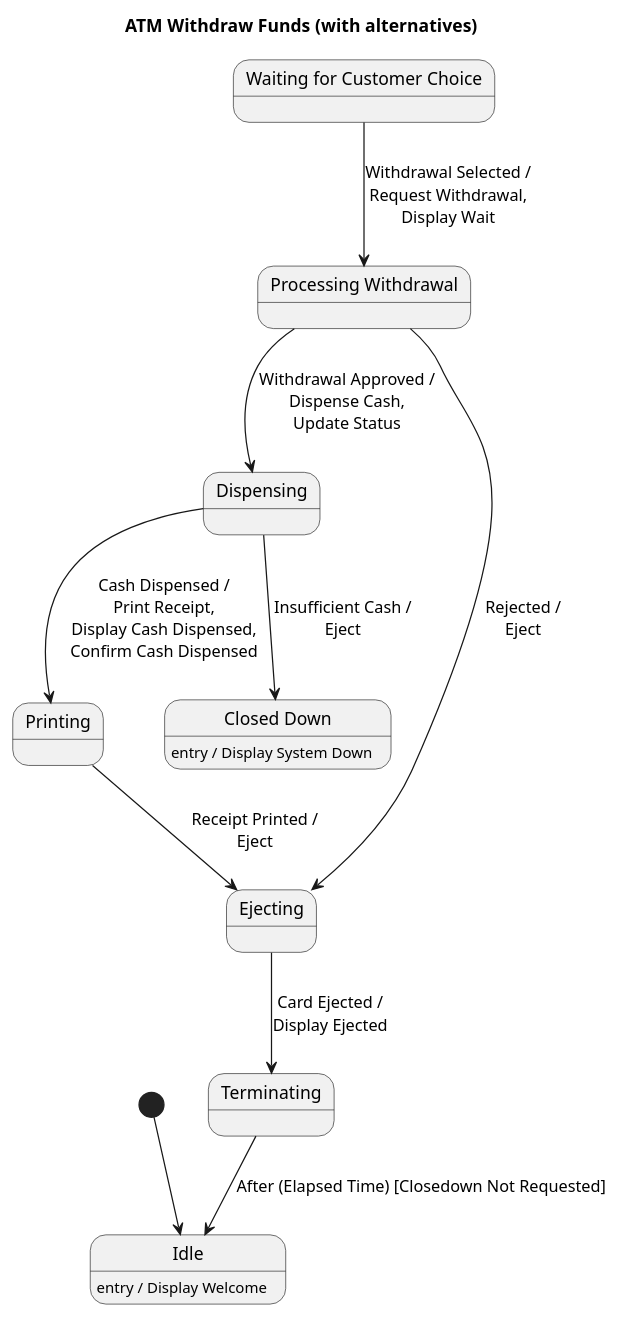
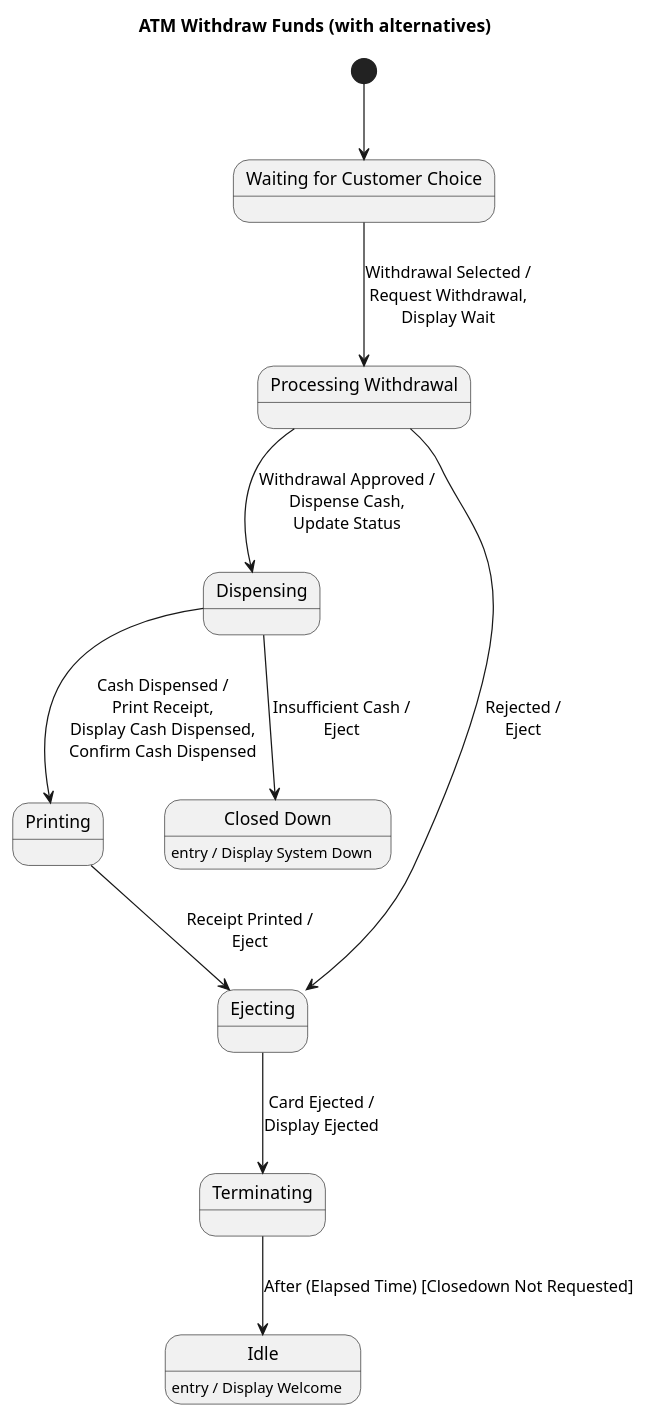
One commit to maimunafaria/State_transition_Diagram_generated_by_LLM changed the diagram in dataset/case_63_atm_many_scenarios/diagram5.puml. Above: the diagram before and after it, drawn with PlantUML. The commit also changed 28 other files, not shown here.

```diff
--- a/dataset/case_63_atm_many_scenarios/diagram5.puml
+++ b/dataset/case_63_atm_many_scenarios/diagram5.puml
@@ -1,30 +1,31 @@
 @startuml
 title ATM Withdraw Funds (with alternatives)
 
-[*] --> Idle
+[*] --> WaitingForChoice
 
 state Idle
 Idle : entry / Display Welcome
 
 state "Waiting for Customer Choice" as WaitingForChoice
 state "Processing Withdrawal" as ProcessingWithdrawal
 state Dispensing
 state Printing
 state Ejecting
 state Terminating
 state "Closed Down" as ClosedDown
 
 WaitingForChoice --> ProcessingWithdrawal : Withdrawal Selected /\nRequest Withdrawal,\nDisplay Wait
 
 ProcessingWithdrawal --> Dispensing : Withdrawal Approved /\nDispense Cash,\nUpdate Status
 Dispensing --> Printing : Cash Dispensed /\nPrint Receipt,\nDisplay Cash Dispensed,\nConfirm Cash Dispensed
 Printing --> Ejecting : Receipt Printed /\nEject
 Ejecting --> Terminating : Card Ejected /\nDisplay Ejected
 Terminating --> Idle : After (Elapsed Time) [Closedown Not Requested]
 
 ProcessingWithdrawal --> Ejecting : Rejected /\nEject
 Dispensing --> ClosedDown : Insufficient Cash /\nEject
 
 ClosedDown : entry / Display System Down
 
+
 @enduml
```
